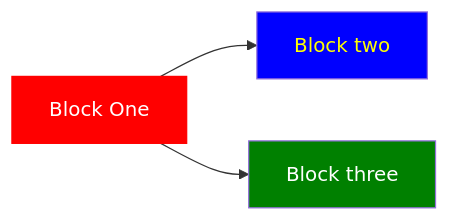
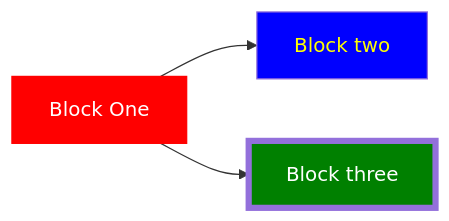
Before and after one commit to stephening/testmermaid: the diagram in README.md, drawn with Mermaid.

````diff
--- a/README.md
+++ b/README.md
@@ -4,8 +4,8 @@
 ```mermaid
 graph LR
 b1[Block One]-->b2[Block two]
 style b1 fill:red,stroke:red,shadow:shadow,color:white
 style b2 fill:blue,color:yellow
 b1-->b3[Block three]
-style b3 fill:green,color:white
+style b3 fill:green,color:white,stroke-width:5px
 ```
````
